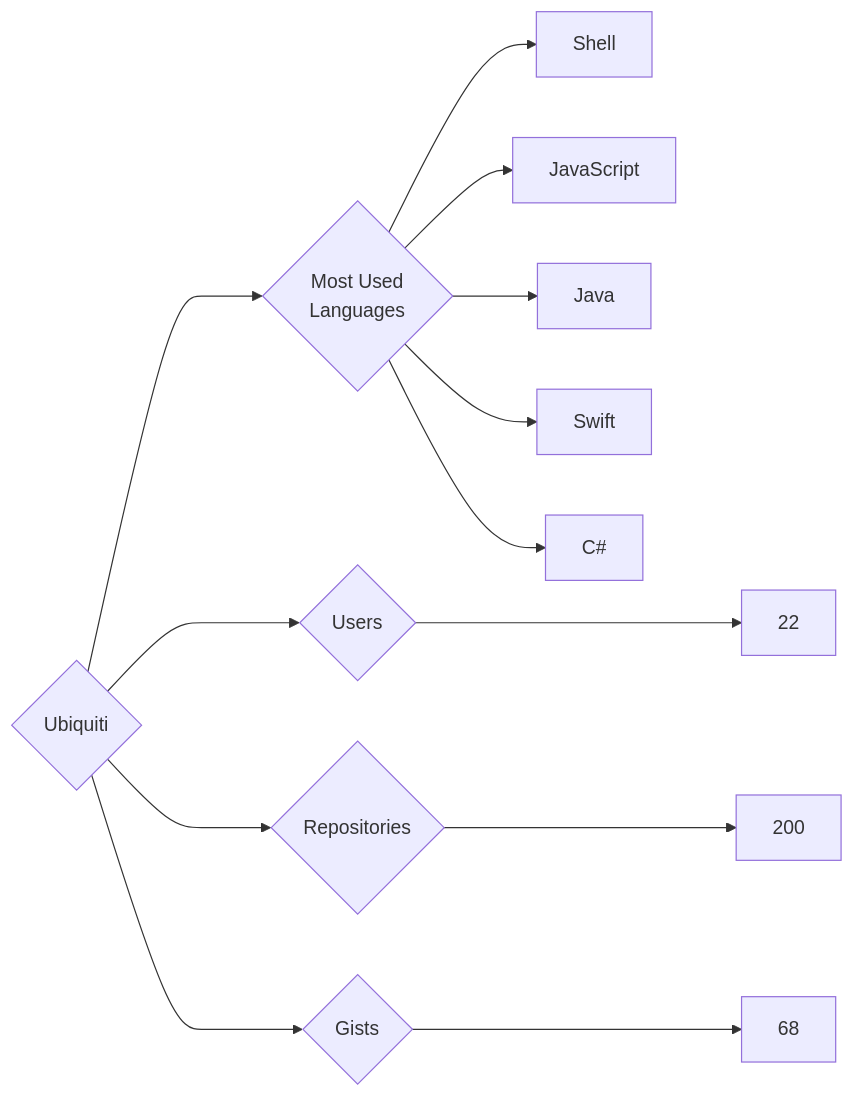
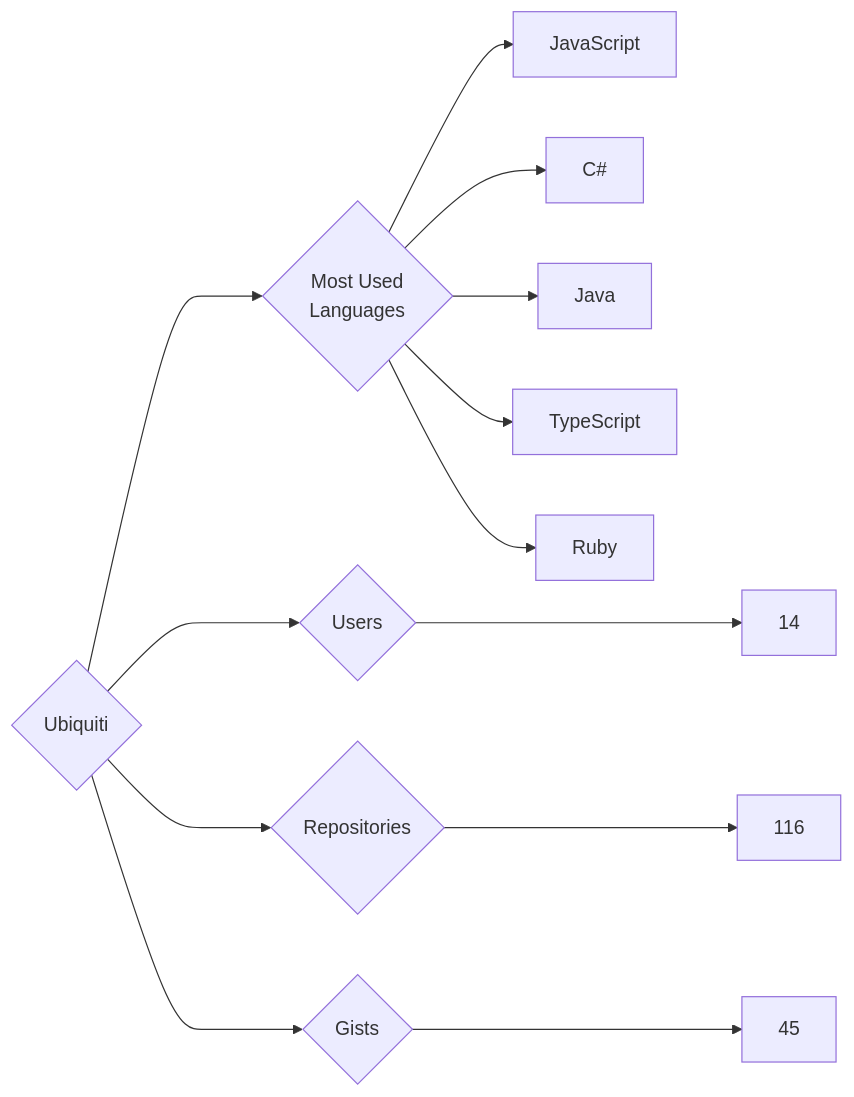
One commit to trickest/insiders changed the diagram in targets/Ubiquiti/README.md. Above: the diagram before and after it, drawn with Mermaid. The commit also changed 953 other files, not shown here.

````diff
--- a/targets/Ubiquiti/README.md
+++ b/targets/Ubiquiti/README.md
@@ -3,13 +3,13 @@
 ```mermaid
 graph LR
 COMPANY_NAME{Ubiquiti}
-COMPANY_NAME ---> U{Users} ---> UN[22]
-COMPANY_NAME ---> R{Repositories} ---> RN[200]
-COMPANY_NAME ---> G{Gists} ---> GN[68]
+COMPANY_NAME ---> U{Users} ---> UN[14]
+COMPANY_NAME ---> R{Repositories} ---> RN[116]
+COMPANY_NAME ---> G{Gists} ---> GN[45]
 COMPANY_NAME ---> ML{Most Used<br>Languages}
-ML --> Shell[Shell]
 ML --> JavaScript[JavaScript]
+ML --> C#[C#]
 ML --> Java[Java]
-ML --> Swift[Swift]
-ML --> C#[C#]
+ML --> TypeScript[TypeScript]
+ML --> Ruby[Ruby]
 ```
````
